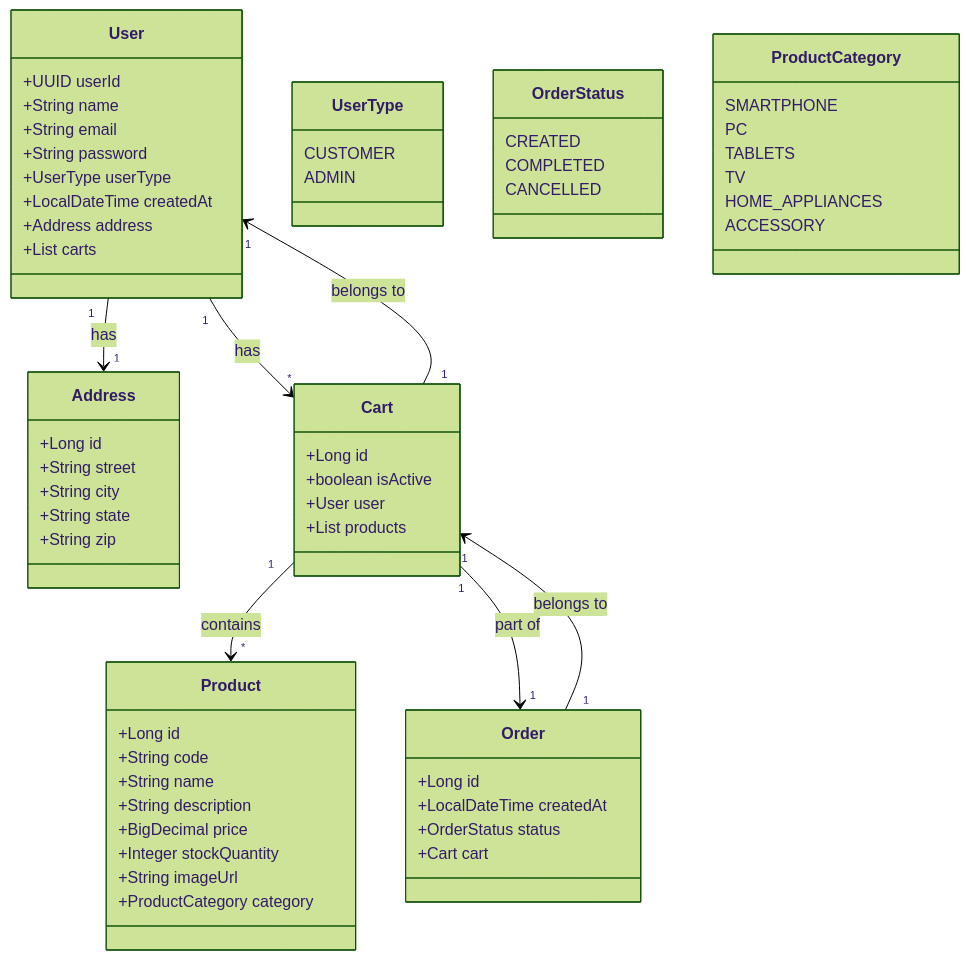
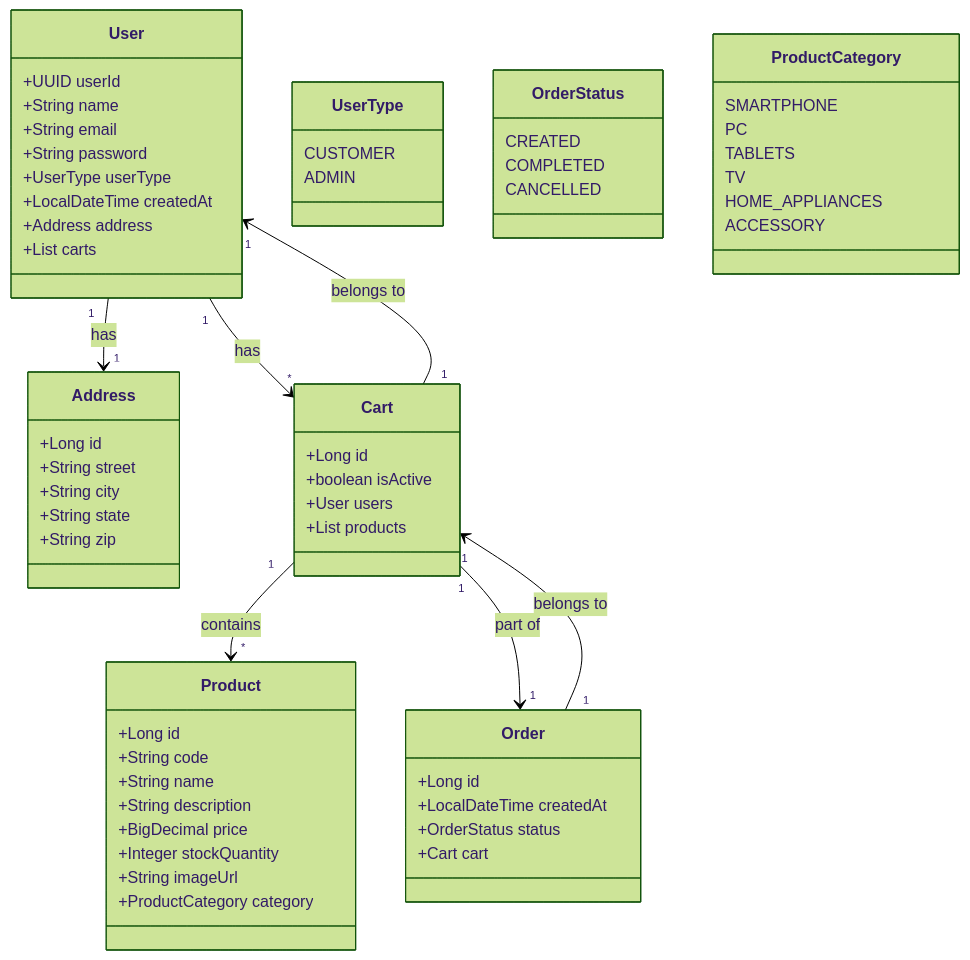
One commit to Wesley00s/RESTFul-Ecommerce-API changed the diagram in README.md. Above: the diagram before and after it, drawn with Mermaid (forest theme). The commit also changed other lines of this file, not shown here.

Commit message:
refactor: change user class name

````diff
--- a/README.md
+++ b/README.md
@@ -8,74 +8,74 @@
 ```mermaid
 classDiagram
     class User {
         +UUID userId
         +String name
         +String email
         +String password
         +UserType userType
         +LocalDateTime createdAt
         +Address address
         +List<Cart> carts
     }
 
     class Address {
         +Long id
         +String street
         +String city
         +String state
         +String zip
     }
 
     class Cart {
         +Long id
         +boolean isActive
-        +User user
+        +User users
         +List<Product> products
     }
 
     class Order {
         +Long id
         +LocalDateTime createdAt
         +OrderStatus status
         +Cart cart
     }
 
     class Product {
         +Long id
         +String code
         +String name
         +String description
         +BigDecimal price
         +Integer stockQuantity
         +String imageUrl
         +ProductCategory category
     }
 
     class UserType {
         CUSTOMER
         ADMIN
     }
 
     class OrderStatus {
         CREATED
         COMPLETED
         CANCELLED
     }
 
     class ProductCategory {
         SMARTPHONE
         PC
         TABLETS
         TV
         HOME_APPLIANCES
         ACCESSORY
     }
 
     %% Relationships
     User "1" --> "1" Address : has
     User "1" --> "*" Cart : has
     Cart "1" --> "*" Product : contains
     Cart "1" --> "1" User : belongs to
     Cart "1" --> "1" Order : part of
     Order "1" --> "1" Cart : belongs to
 ```
````
